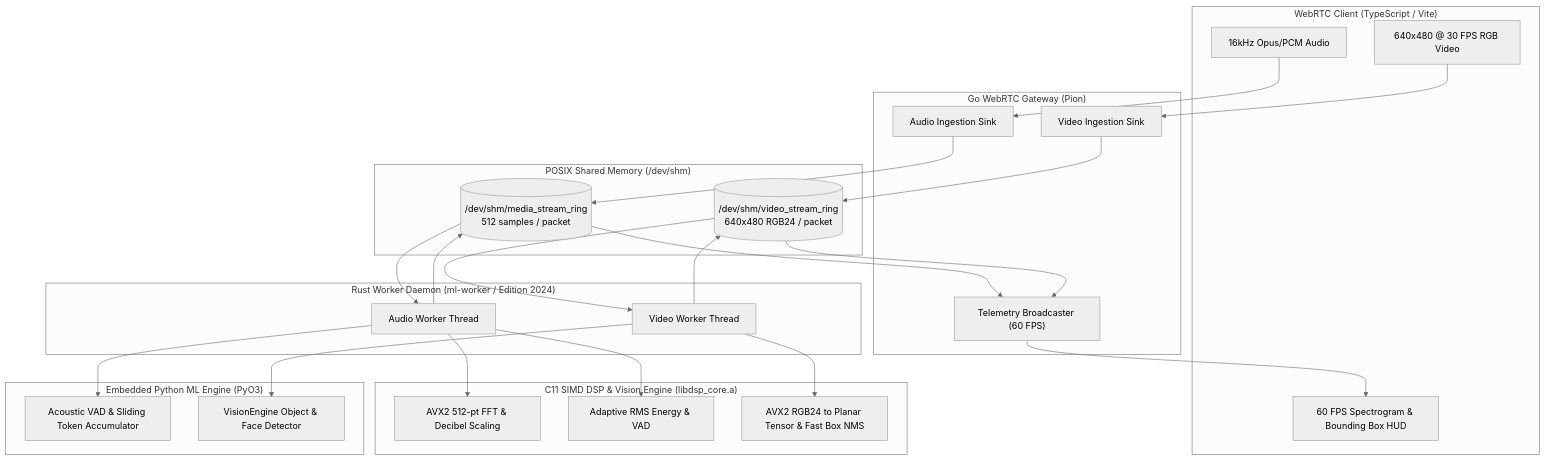
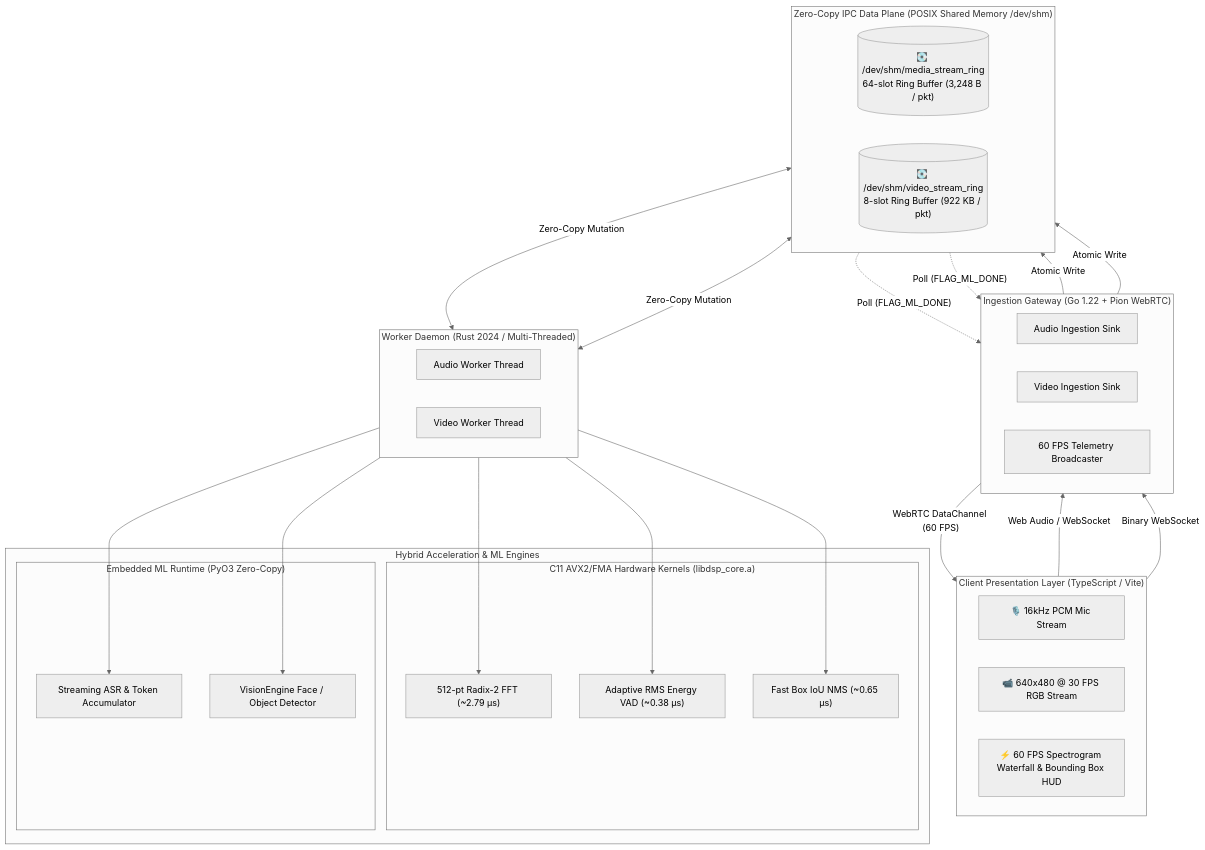
Before and after one commit to Sadik00789/Media-Stream-Pipeline: the diagram in README.md, drawn with Mermaid (neutral theme). The commit also changed other lines of this file, not shown here.

Commit message:
docs: modernize architecture section title and enhance Mermaid data-plane diagram

````diff
--- a/README.md
+++ b/README.md
@@ -25,52 +25,63 @@
 ```mermaid
-flowchart TD
-    subgraph Browser ["WebRTC Client (TypeScript / Vite)"]
-        AudioIn["16kHz Opus/PCM Audio"]
-        VideoIn["640x480 @ 30 FPS RGB Video"]
-        HUD["60 FPS Spectrogram & Bounding Box HUD"]
+flowchart TB
+    %% Client Layer
+    subgraph Client ["Client Presentation Layer (TypeScript / Vite)"]
+        direction LR
+        Mic["🎙️ 16kHz PCM Mic Stream"]
+        Cam["📹 640x480 @ 30 FPS RGB Stream"]
+        HUD["⚡ 60 FPS Spectrogram Waterfall & Bounding Box HUD"]
     end
 
-    subgraph Gateway ["Go WebRTC Gateway (Pion)"]
+    %% Gateway Layer
+    subgraph Gateway ["Ingestion Gateway (Go 1.22 + Pion WebRTC)"]
+        direction LR
         AudioSink["Audio Ingestion Sink"]
         VideoSink["Video Ingestion Sink"]
-        Broadcaster["Telemetry Broadcaster (60 FPS)"]
+        Broadcaster["60 FPS Telemetry Broadcaster"]
     end
 
-    subgraph SHM ["POSIX Shared Memory (/dev/shm)"]
-        AudioSHM[("/dev/shm/media_stream_ring\n512 samples / packet")]
-        VideoSHM[("/dev/shm/video_stream_ring\n640x480 RGB24 / packet")]
+    %% Shared Memory IPC Layer
+    subgraph SHM ["Zero-Copy IPC Data Plane (POSIX Shared Memory /dev/shm)"]
+        direction LR
+        AudioRing[("💽 /dev/shm/media_stream_ring\n64-slot Ring Buffer (3,248 B / pkt)")]
+        VideoRing[("💽 /dev/shm/video_stream_ring\n8-slot Ring Buffer (922 KB / pkt)")]
     end
 
-    subgraph Worker ["Rust Worker Daemon (ml-worker / Edition 2024)"]
-        AudioThread["Audio Worker Thread"]
-        VideoThread["Video Worker Thread"]
+    %% Processing Worker Daemon
+    subgraph Worker ["Worker Daemon (Rust 2024 / Multi-Threaded)"]
+        direction LR
+        AudioWorker["Audio Worker Thread"]
+        VideoWorker["Video Worker Thread"]
     end
 
-    subgraph C11DSP ["C11 SIMD DSP & Vision Engine (libdsp_core.a)"]
-        FFT["AVX2 512-pt FFT & Decibel Scaling"]
-        VAD["Adaptive RMS Energy & VAD"]
-        SIMDVision["AVX2 RGB24 to Planar Tensor & Fast Box NMS"]
+    %% Compute Acceleration Engines
+    subgraph Compute ["Hybrid Acceleration & ML Engines"]
+        subgraph C11 ["C11 AVX2/FMA Hardware Kernels (libdsp_core.a)"]
+            FFT["512-pt Radix-2 FFT (~2.79 µs)"]
+            VAD["Adaptive RMS Energy VAD (~0.38 µs)"]
+            NMS["Fast Box IoU NMS (~0.65 µs)"]
+        end
+        subgraph PyML ["Embedded ML Runtime (PyO3 Zero-Copy)"]
+            ASR["Streaming ASR & Token Accumulator"]
+            Vision["VisionEngine Face / Object Detector"]
+        end
     end
 
-    subgraph PythonML ["Embedded Python ML Engine (PyO3)"]
-        AudioML["Acoustic VAD & Sliding Token Accumulator"]
-        VisionML["VisionEngine Object & Face Detector"]
-    end
+    %% Data Plane Ingestion Flows
+    Mic -->|"Web Audio / WebSocket"| AudioSink
+    Cam -->|"Binary WebSocket"| VideoSink
+    AudioSink -->|"Atomic Write"| AudioRing
+    VideoSink -->|"Atomic Write"| VideoRing
 
-    AudioIn --> AudioSink --> AudioSHM
-    VideoIn --> VideoSink --> VideoSHM
+    %% In-Place Mutation & Processing Flows
+    AudioRing <-->|"Zero-Copy Mutation"| AudioWorker
+    AudioWorker --> FFT & VAD & ASR
 
-    AudioSHM --> AudioThread
-    AudioThread --> FFT & VAD
-    AudioThread --> AudioML
-    AudioThread --> AudioSHM
+    VideoRing <-->|"Zero-Copy Mutation"| VideoWorker
+    VideoWorker --> NMS & Vision
 
-    VideoSHM --> VideoThread
-    VideoThread --> SIMDVision
-    VideoThread --> VisionML
-    VideoThread --> VideoSHM
-
-    AudioSHM --> Broadcaster
-    VideoSHM --> Broadcaster
-    Broadcaster --> HUD
+    %% Real-Time Telemetry Feedback
+    AudioRing -.->|"Poll (FLAG_ML_DONE)"| Broadcaster
+    VideoRing -.->|"Poll (FLAG_ML_DONE)"| Broadcaster
+    Broadcaster -->|"WebRTC DataChannel (60 FPS)"| HUD
 ```
````
